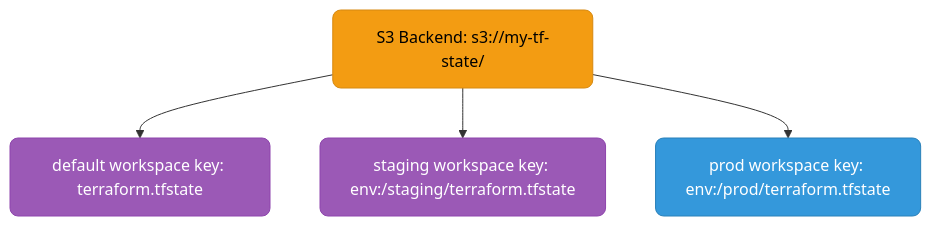
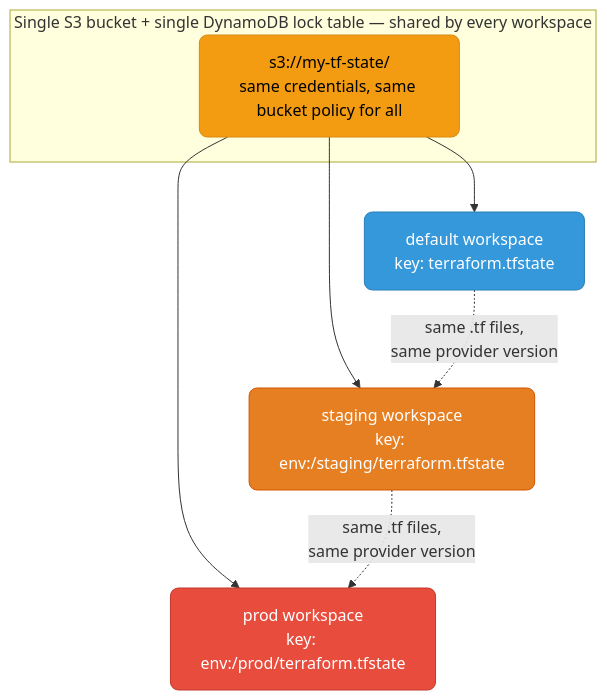
Before and after one commit to deepanshu-rawat6/DevOpsIndex: the second of 4 diagrams in iac/terraform/README.md, drawn with Mermaid. The commit also changed other lines of this file and 17 other files, not shown here.

````diff
--- a/iac/terraform/README.md
+++ b/iac/terraform/README.md
@@ -49,16 +102,18 @@
 ```mermaid
 graph TD
-    classDef blue fill:#3498db,stroke:#2980b9,color:#fff,rx:8
-    classDef green fill:#2ecc71,stroke:#27ae60,color:#fff,rx:8
-    classDef red fill:#e74c3c,stroke:#c0392b,color:#fff,rx:8
-    classDef orange fill:#e67e22,stroke:#d35400,color:#fff,rx:8
-    classDef purple fill:#9b59b6,stroke:#8e44ad,color:#fff,rx:8
-    classDef teal fill:#1abc9c,stroke:#16a085,color:#fff,rx:8
-    classDef dark fill:#2c3e50,stroke:#1a252f,color:#fff,rx:8
-    classDef yellow fill:#f39c12,stroke:#d68910,color:#000,rx:8
-    classDef k8s fill:#326ce5,stroke:#254ea8,color:#fff,rx:8
-    classDef aws fill:#ff9900,stroke:#cc7a00,color:#000,rx:8
-    BACKEND["S3 Backend: s3://my-tf-state/"]:::yellow --> WS_DEFAULT["default workspace key: terraform.tfstate"]:::purple
-    BACKEND --> WS_STAGING["staging workspace key: env:/staging/terraform.tfstate"]:::purple
-    BACKEND --> WS_PROD["prod workspace key: env:/prod/terraform.tfstate"]:::blue
+    classDef neutral fill:#3498db,stroke:#2980b9,color:#fff,rx:8
+    classDef staging fill:#e67e22,stroke:#d35400,color:#fff,rx:8
+    classDef prod fill:#e74c3c,stroke:#c0392b,color:#fff,rx:8
+    classDef shared fill:#f39c12,stroke:#d68910,color:#000,rx:8
+
+    subgraph BUCKET["Single S3 bucket + single DynamoDB lock table — shared by every workspace"]
+        BACKEND["s3://my-tf-state/<br/>same credentials, same bucket policy for all"]:::shared
+    end
+
+    BACKEND --> WS_DEFAULT["default workspace<br/>key: terraform.tfstate"]:::neutral
+    BACKEND --> WS_STAGING["staging workspace<br/>key: env:/staging/terraform.tfstate"]:::staging
+    BACKEND --> WS_PROD["prod workspace<br/>key: env:/prod/terraform.tfstate"]:::prod
+
+    WS_DEFAULT -.->|"same .tf files,<br/>same provider version"| WS_STAGING
+    WS_STAGING -.->|"same .tf files,<br/>same provider version"| WS_PROD
 ```
````
